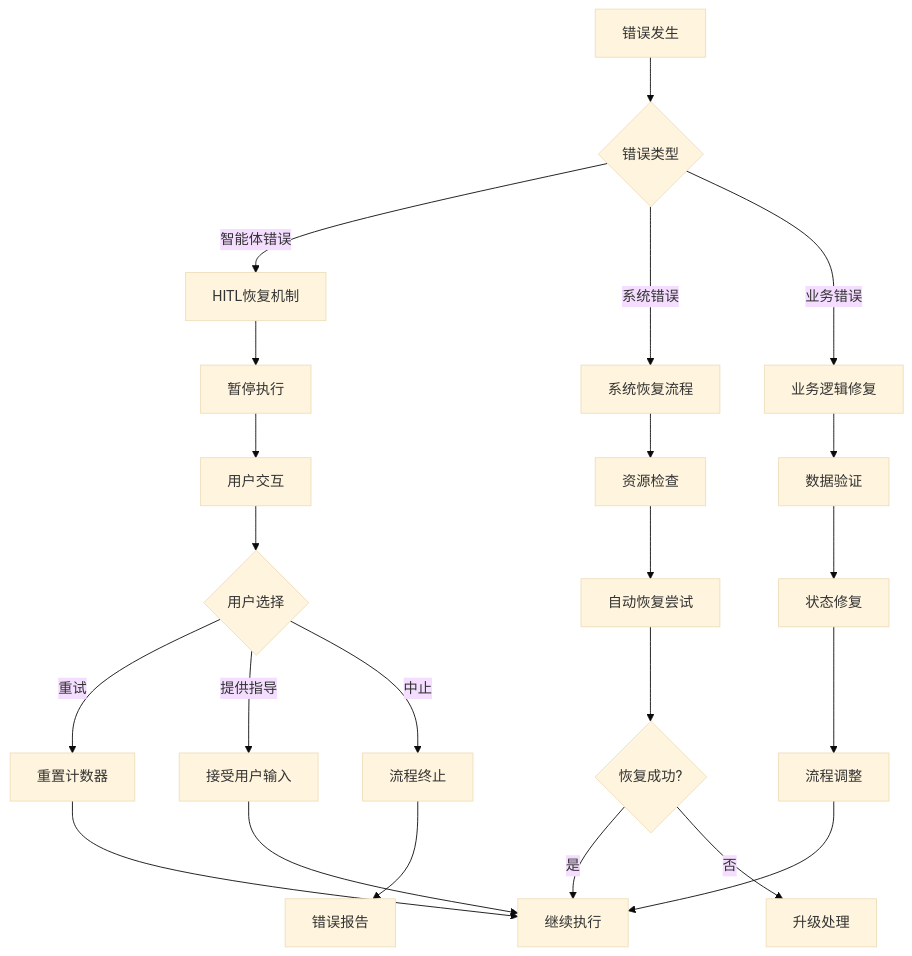
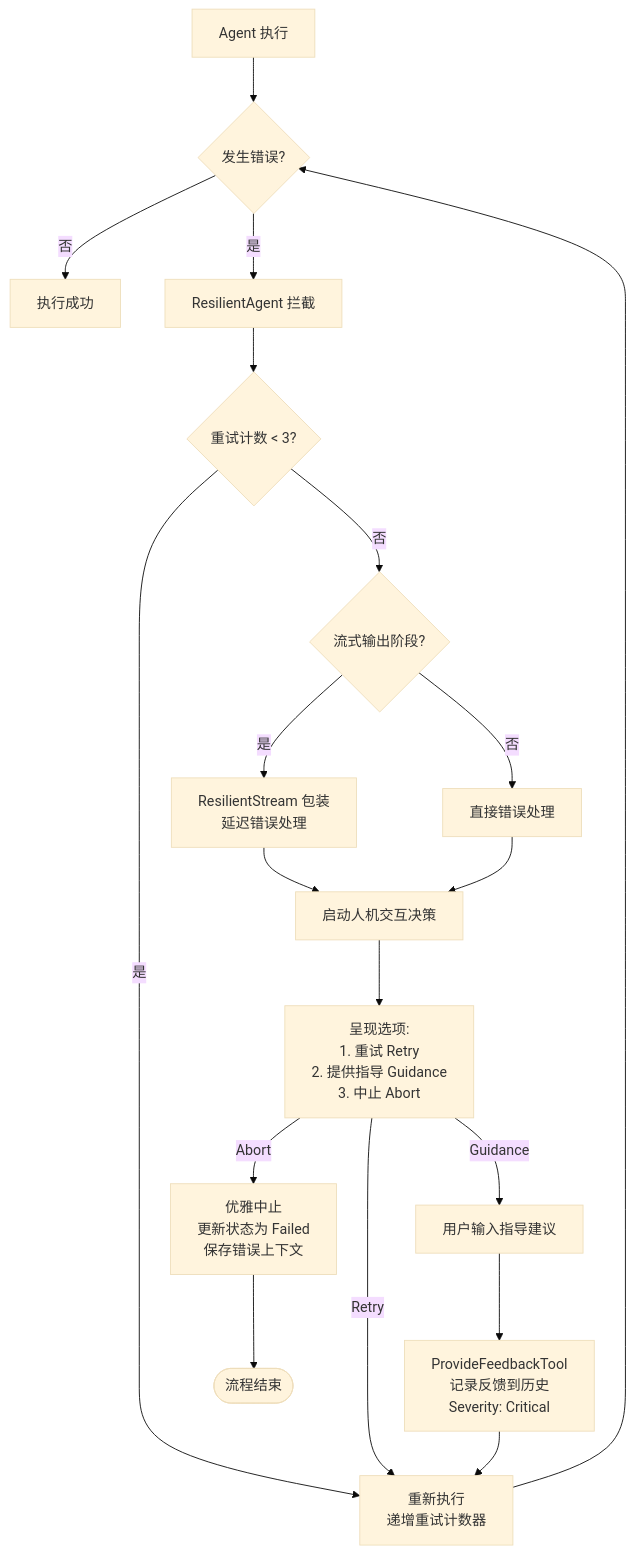
Before and after one commit to sopaco/cowork-forge: the ninth of 13 diagrams in litho.docs/zh/3、工作流程.md, drawn with Mermaid (base theme). The commit also changed other lines of this file and 27 other files, not shown here.

````diff
--- a/litho.docs/zh/3、工作流程.md
+++ b/litho.docs/zh/3、工作流程.md
@@ -370,29 +414,29 @@
 ```mermaid
-graph TB
-    A[错误发生] --> B{错误类型}
-    B -->|智能体错误| C[HITL恢复机制]
-    B -->|系统错误| D[系统恢复流程]
-    B -->|业务错误| E[业务逻辑修复]
+flowchart TD
+    Start[Agent 执行] --> Error{发生错误?}
     
-    C --> C1[暂停执行]
-    C1 --> C2[用户交互]
-    C2 --> C3{用户选择}
-    C3 -->|重试| C4[重置计数器]
-    C3 -->|提供指导| C5[接受用户输入]
-    C3 -->|中止| C6[流程终止]
+    Error -->|否| Success[执行成功]
+    Error -->|是| Intercept[ResilientAgent 拦截]
     
-    C4 --> C7[继续执行]
-    C5 --> C7
-    C6 --> C8[错误报告]
+    Intercept --> Retry{重试计数 < 3?}
+    Retry -->|是| RetryExec[重新执行<br/>递增重试计数器]
+    RetryExec --> Error
     
-    D --> D1[资源检查]
-    D1 --> D2[自动恢复尝试]
-    D2 --> D3{恢复成功?}
-    D3 -->|是| C7
-    D3 -->|否| D4[升级处理]
+    Retry -->|否| StreamCheck{流式输出阶段?}
+    StreamCheck -->|是| ResilientStream[ResilientStream 包装<br/>延迟错误处理]
+    StreamCheck -->|否| DirectHandle[直接错误处理]
     
-    E --> E1[数据验证]
-    E1 --> E2[状态修复]
-    E2 --> E3[流程调整]
-    E3 --> C7
+    ResilientStream --> UserInteract[启动人机交互决策]
+    DirectHandle --> UserInteract
+    
+    UserInteract --> Options[呈现选项:<br/>1. 重试 Retry<br/>2. 提供指导 Guidance<br/>3. 中止 Abort]
+    
+    Options -->|Retry| RetryExec
+    Options -->|Abort| AbortProcess[优雅中止<br/>更新状态为 Failed<br/>保存错误上下文]
+    
+    Options -->|Guidance| Input[用户输入指导建议]
+    Input --> Feedback[ProvideFeedbackTool<br/>记录反馈到历史<br/>Severity: Critical]
+    Feedback --> RetryExec
+    
+    AbortProcess --> End([流程结束])
 ```
````
